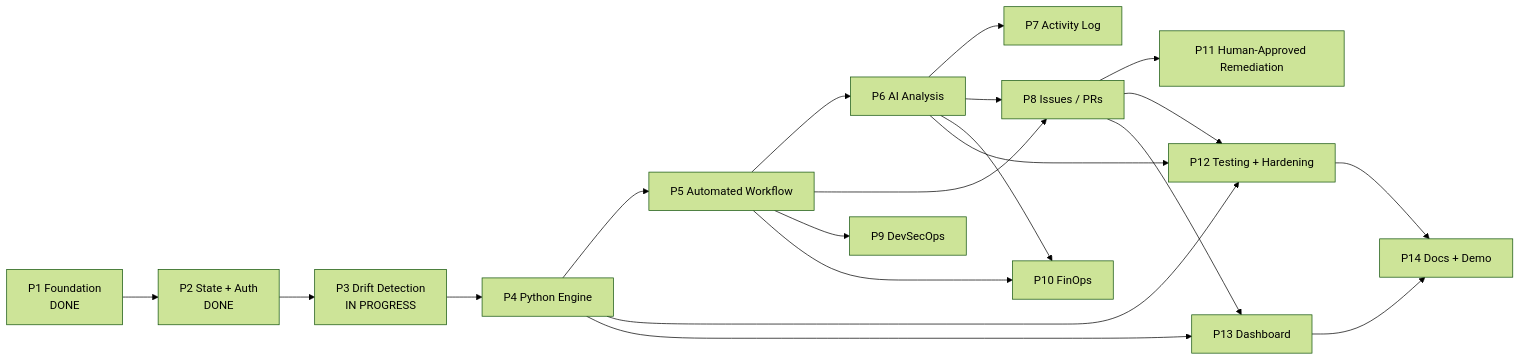
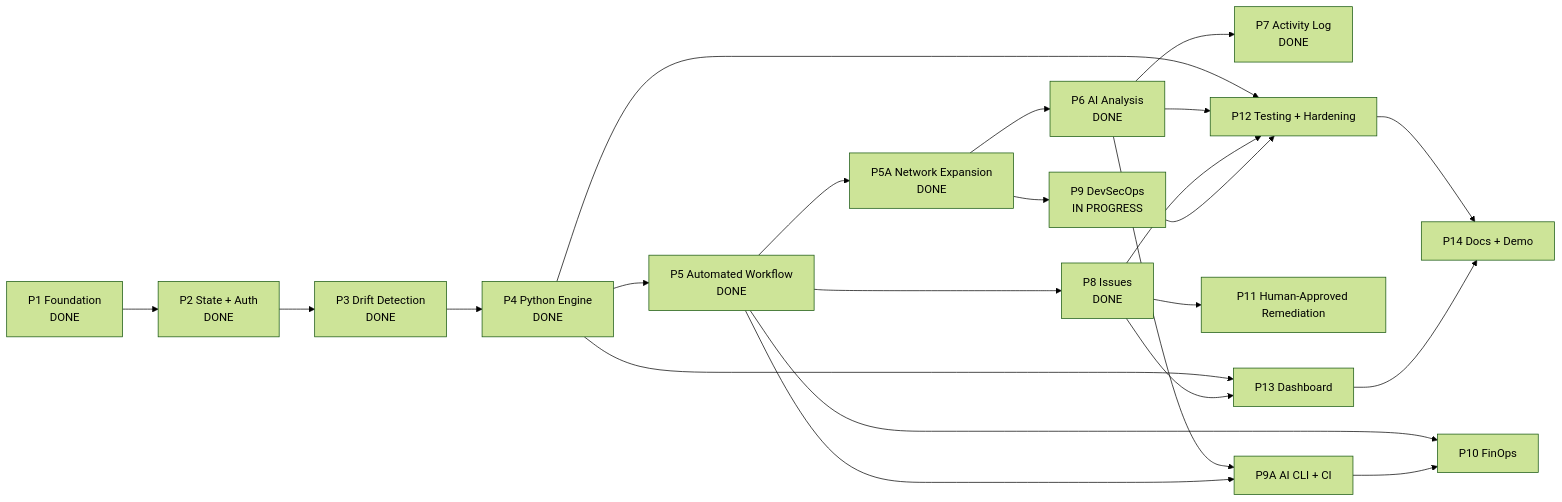
The fourth of 11 diagrams in docs/MASTER_PROJECT_GUIDE.md (HarshAgarwal1102/ai-terraform-drift-detector), drawn with Mermaid (forest theme) before and after one commit. The commit also changed other lines of this file and 3 other files, not shown here.

````diff
--- a/docs/MASTER_PROJECT_GUIDE.md
+++ b/docs/MASTER_PROJECT_GUIDE.md
@@ -382,22 +390,25 @@
 ```mermaid
 flowchart LR
     P1["P1 Foundation<br/>DONE"] --> P2["P2 State + Auth<br/>DONE"]
-    P2 --> P3["P3 Drift Detection<br/>IN PROGRESS"]
-    P3 --> P4["P4 Python Engine"]
-    P4 --> P5["P5 Automated Workflow"]
-    P5 --> P6["P6 AI Analysis"]
-    P6 --> P7["P7 Activity Log"]
-    P5 --> P8["P8 Issues / PRs"]
-    P6 --> P8
-    P5 --> P9["P9 DevSecOps"]
+    P2 --> P3["P3 Drift Detection<br/>DONE"]
+    P3 --> P4["P4 Python Engine<br/>DONE"]
+    P4 --> P5["P5 Automated Workflow<br/>DONE"]
+    P5 --> P5A["P5A Network Expansion<br/>DONE"]
+    P5A --> P6["P6 AI Analysis<br/>DONE"]
+    P6 --> P7["P7 Activity Log<br/>DONE"]
+    P5 --> P8["P8 Issues<br/>DONE"]
+    P5A --> P9["P9 DevSecOps<br/>IN PROGRESS"]
+    P6 --> P9A["P9A AI CLI + CI"]
+    P5 --> P9A
     P5 --> P10["P10 FinOps"]
-    P6 --> P10
+    P9A --> P10
     P8 --> P11["P11 Human-Approved Remediation"]
     P4 --> P12["P12 Testing + Hardening"]
     P6 --> P12
     P8 --> P12
+    P9 --> P12
     P4 --> P13["P13 Dashboard"]
     P8 --> P13
     P12 --> P14["P14 Docs + Demo"]
     P13 --> P14
 ```
````
